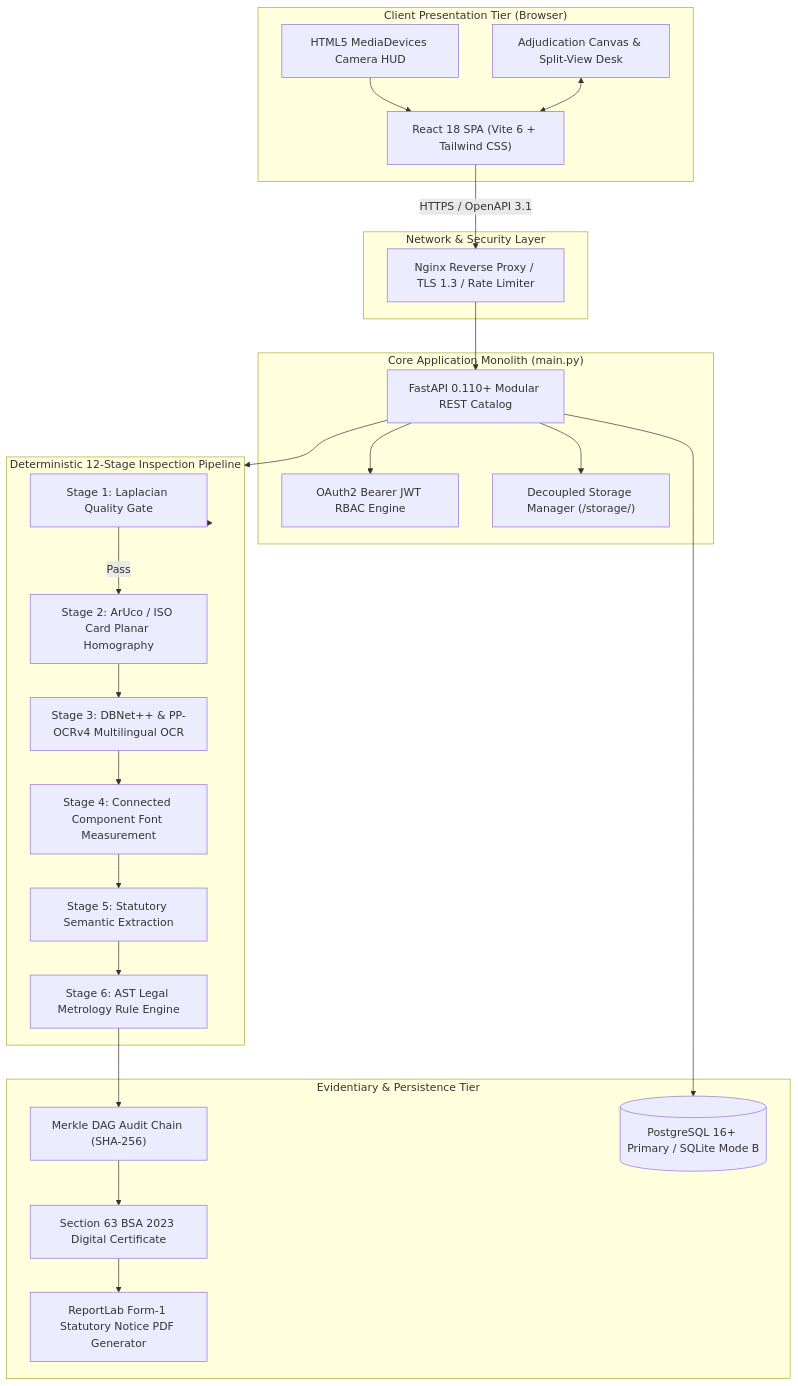
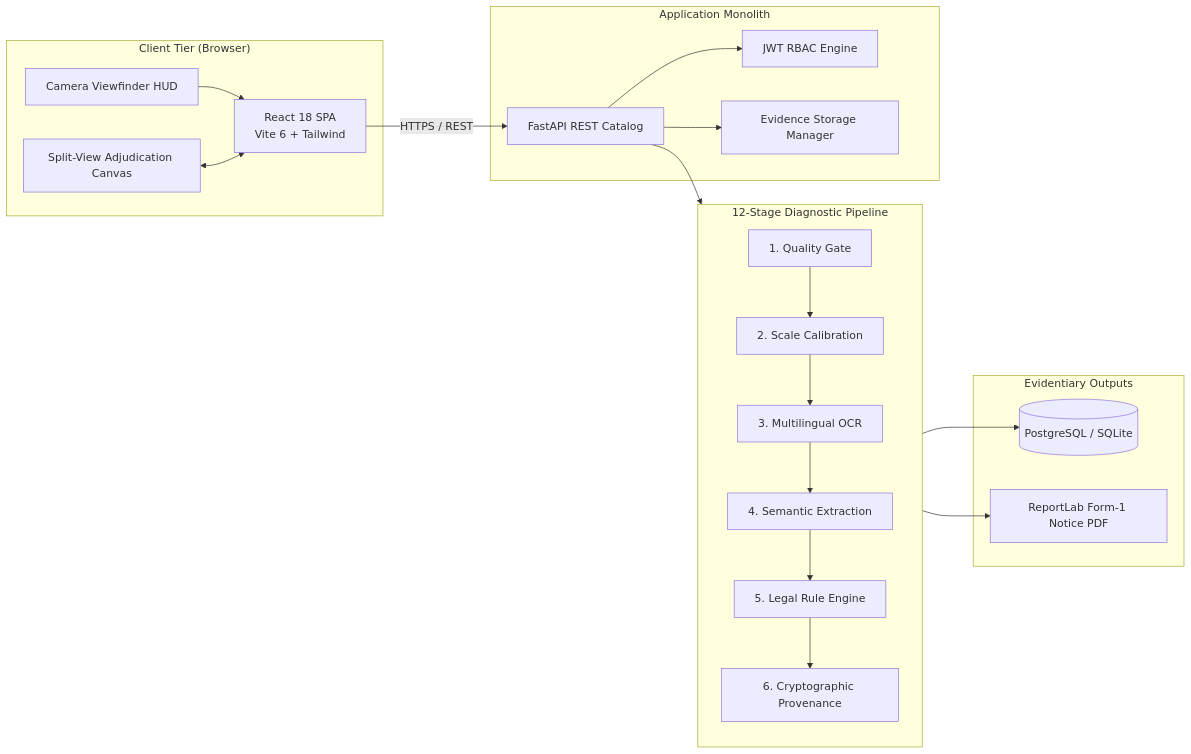
The diagram in README.md (anonymousgrouphp-collab/sih26034), drawn with Mermaid before and after one commit. The commit also changed other lines of this file and 90 other files, not shown here.

````diff
--- a/README.md
+++ b/README.md
@@ -139,52 +203,39 @@
 ```mermaid
-flowchart TD
-    subgraph Client ["Client Presentation Tier (Browser)"]
-        UI["React 18 SPA (Vite 6 + Tailwind CSS)"]
-        Cam["HTML5 MediaDevices Camera HUD"]
-        Desk["Adjudication Canvas & Split-View Desk"]
+flowchart LR
+    subgraph Client ["Client Tier (Browser)"]
+        UI["React 18 SPA<br/>Vite 6 + Tailwind"]
+        HUD["Camera Viewfinder HUD"]
+        Canvas["Split-View Adjudication Canvas"]
     end
 
-    subgraph Gateway ["Network & Security Layer"]
-        Proxy["Nginx Reverse Proxy / TLS 1.3 / Rate Limiter"]
+    subgraph Service ["Application Monolith"]
+        API["FastAPI REST Catalog"]
+        RBAC["JWT RBAC Engine"]
+        Storage["Evidence Storage Manager"]
     end
 
-    subgraph AppServer ["Core Application Monolith (main.py)"]
-        API["FastAPI 0.110+ Modular REST Catalog"]
-        RBAC["OAuth2 Bearer JWT RBAC Engine"]
-        Storage["Decoupled Storage Manager (/storage/)"]
+    subgraph Pipeline ["12-Stage Diagnostic Pipeline"]
+        direction TB
+        QG["1. Quality Gate"]
+        Calib["2. Scale Calibration"]
+        OCR["3. Multilingual OCR"]
+        Ext["4. Semantic Extraction"]
+        Rule["5. Legal Rule Engine"]
+        DAG["6. Cryptographic Provenance"]
+        QG --> Calib --> OCR --> Ext --> Rule --> DAG
     end
 
-    subgraph Pipeline ["Deterministic 12-Stage Inspection Pipeline"]
-        QG["Stage 1: Laplacian Quality Gate"]
-        Calib["Stage 2: ArUco / ISO Card Planar Homography"]
-        OCR["Stage 3: DBNet++ & PP-OCRv4 Multilingual OCR"]
-        Font["Stage 4: Connected Component Font Measurement"]
-        NER["Stage 5: Statutory Semantic Extraction"]
-        Rule["Stage 6: AST Legal Metrology Rule Engine"]
+    subgraph Output ["Evidentiary Outputs"]
+        DB[("PostgreSQL / SQLite")]
+        Notice["ReportLab Form-1 Notice PDF"]
     end
 
-    subgraph EvidenceStore ["Evidentiary & Persistence Tier"]
-        Merkle["Merkle DAG Audit Chain (SHA-256)"]
-        BSA["Section 63 BSA 2023 Digital Certificate"]
-        PDF["ReportLab Form-1 Statutory Notice PDF Generator"]
-        DB[(PostgreSQL 16+ Primary / SQLite Mode B)]
-    end
-
-    Cam --> UI
-    UI -->|HTTPS / OpenAPI 3.1| Proxy
-    Proxy --> API
+    HUD --> UI
+    Canvas <--> UI
+    UI -->|HTTPS / REST| API
     API --> RBAC
     API --> Storage
     API --> Pipeline
-    Pipeline --> QG
-    QG -->|Pass| Calib
-    Calib --> OCR
-    OCR --> Font
-    Font --> NER
-    NER --> Rule
-    Rule --> Merkle
-    Merkle --> BSA
-    BSA --> PDF
-    API --> DB
-    Desk <--> UI
+    DAG --> DB
+    DAG --> Notice
 ```
````
